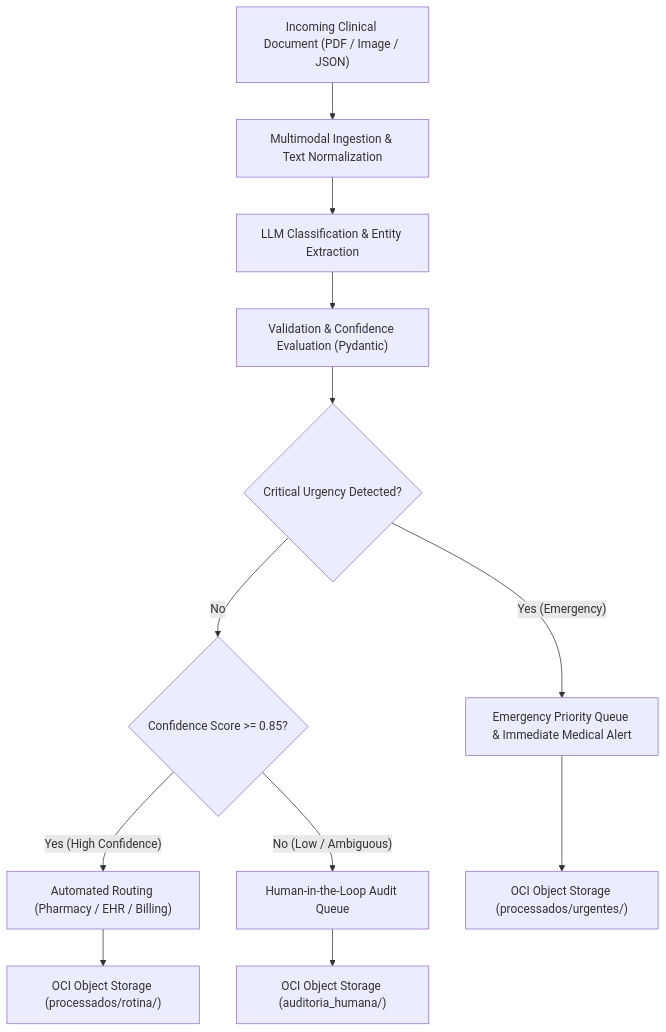
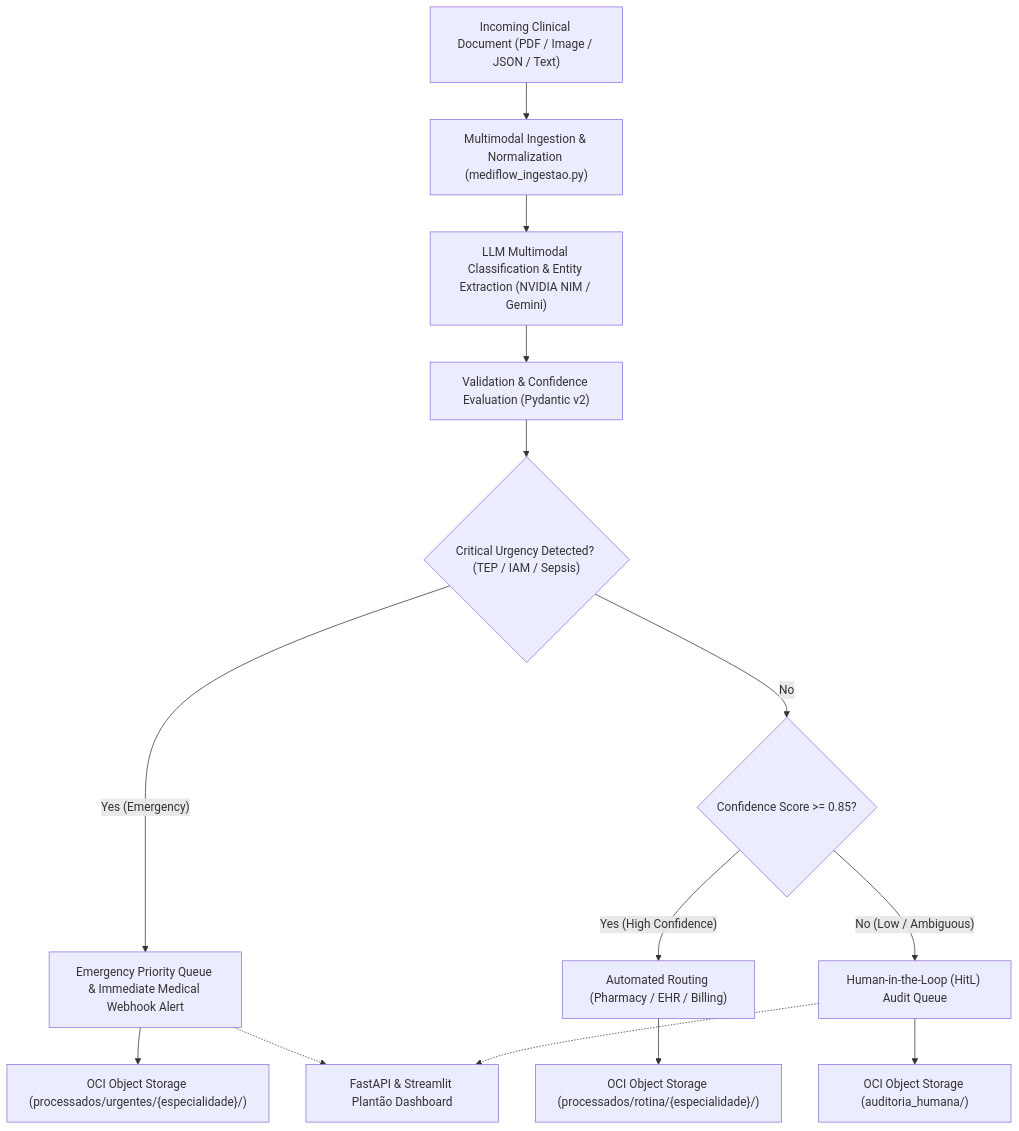
One commit to No-Country-simulation/G10-BRASIL-equipo-22 changed the diagram in README.md. Above: the diagram before and after it, drawn with Mermaid. The commit also changed other lines of this file and 3 other files, not shown here.

````diff
--- a/README.md
+++ b/README.md
@@ -59,17 +64,20 @@
 ```mermaid
 flowchart TD
-    A["Incoming Clinical Document (PDF / Image / JSON)"] --> B["Multimodal Ingestion & Text Normalization"]
-    B --> C["LLM Classification & Entity Extraction"]
-    C --> D["Validation & Confidence Evaluation (Pydantic)"]
+    A["Incoming Clinical Document (PDF / Image / JSON / Text)"] --> B["Multimodal Ingestion & Normalization (mediflow_ingestao.py)"]
+    B --> C["LLM Multimodal Classification & Entity Extraction (NVIDIA NIM / Gemini)"]
+    C --> D["Validation & Confidence Evaluation (Pydantic v2)"]
     
-    D --> E{"Critical Urgency Detected?"}
-    E -- "Yes (Emergency)" --> F["Emergency Priority Queue & Immediate Medical Alert"]
+    D --> E{"Critical Urgency Detected? (TEP / IAM / Sepsis)"}
+    E -- "Yes (Emergency)" --> F["Emergency Priority Queue & Immediate Medical Webhook Alert"]
     E -- "No" --> G{"Confidence Score >= 0.85?"}
     
     G -- "Yes (High Confidence)" --> H["Automated Routing (Pharmacy / EHR / Billing)"]
-    G -- "No (Low / Ambiguous)" --> I["Human-in-the-Loop Audit Queue"]
+    G -- "No (Low / Ambiguous)" --> I["Human-in-the-Loop (HitL) Audit Queue"]
     
-    F --> J["OCI Object Storage (processados/urgentes/)"]
-    H --> K["OCI Object Storage (processados/rotina/)"]
+    F --> J["OCI Object Storage (processados/urgentes/{especialidade}/)"]
+    H --> K["OCI Object Storage (processados/rotina/{especialidade}/)"]
     I --> L["OCI Object Storage (auditoria_humana/)"]
+    
+    F -.-> M["FastAPI & Streamlit Plantão Dashboard"]
+    I -.-> M
 ```
````
